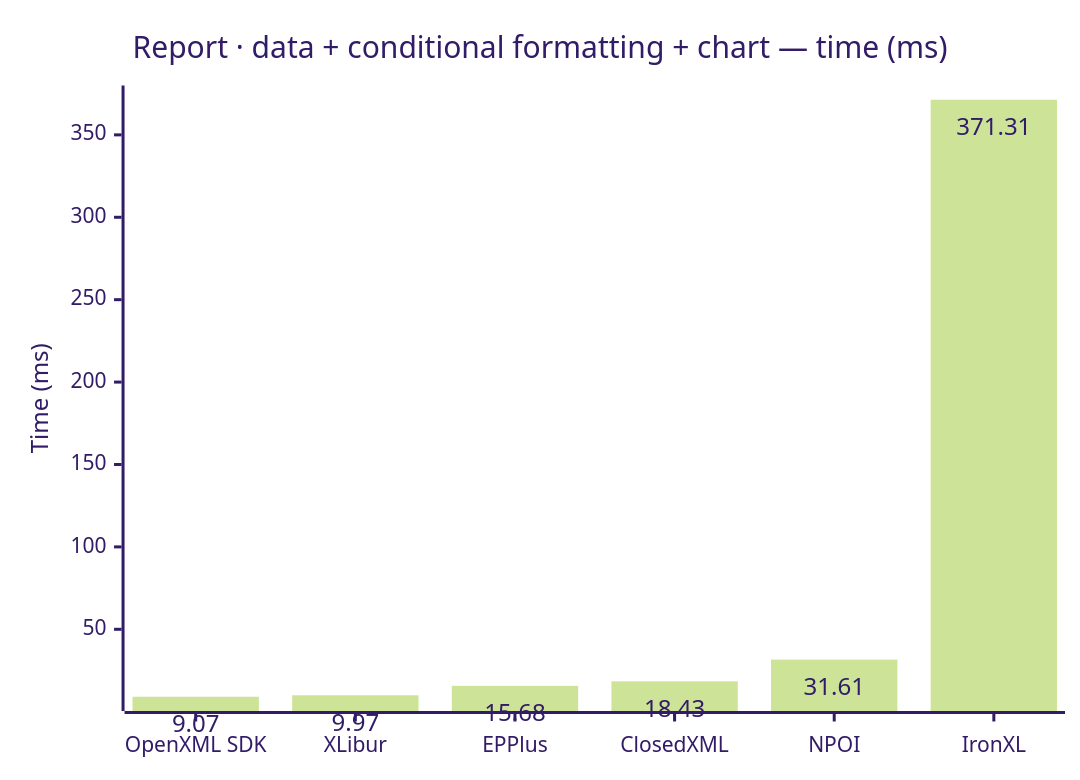
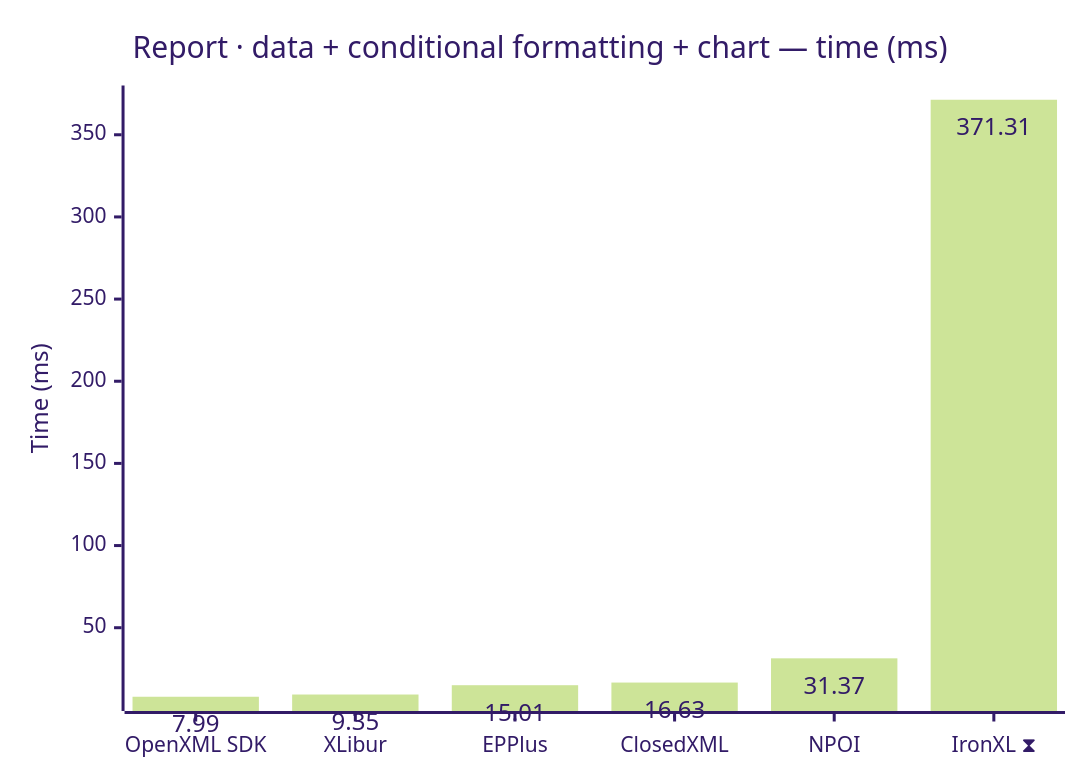
One commit to jafin/XLBench changed the seventh of 8 diagrams in docs/results.md. Above: the diagram before and after it, drawn with Mermaid (forest theme). The commit also changed other lines of this file and 2 other files, not shown here.

First line of the commit message:
docs: refresh benchmark results on XLibur 0.200.0

````diff
--- a/docs/results.md
+++ b/docs/results.md
@@ -113,12 +117,12 @@
 ```mermaid
 ---
 config:
   xyChart:
     showDataLabel: true
 ---
 xychart-beta
     title "Report · data + conditional formatting + chart — time (ms)"
-    x-axis ["OpenXML SDK", "XLibur", "EPPlus", "ClosedXML", "NPOI", "IronXL"]
+    x-axis ["OpenXML SDK", "XLibur", "EPPlus", "ClosedXML", "NPOI", "IronXL ⧗"]
     y-axis "Time (ms)"
-    bar [9.07, 9.97, 15.68, 18.43, 31.61, 371.31]
+    bar [7.99, 9.35, 15.01, 16.63, 31.37, 371.31]
 ```
````
